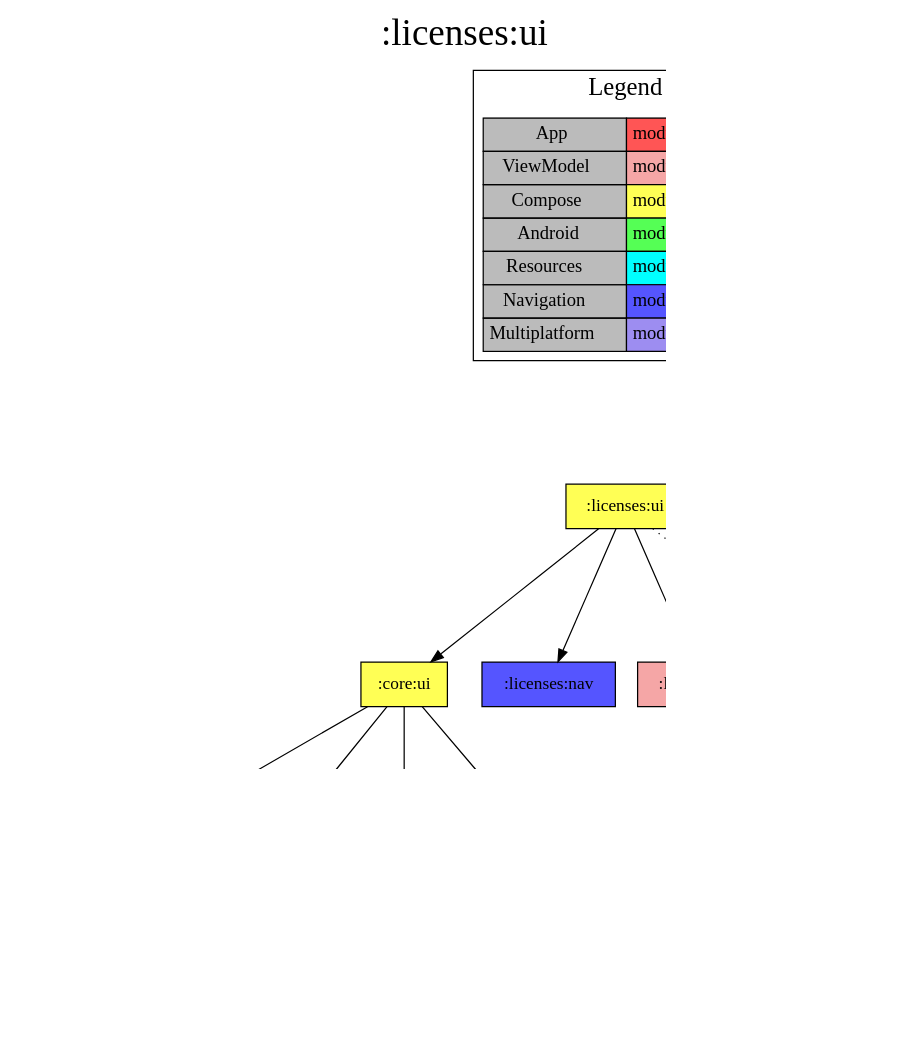
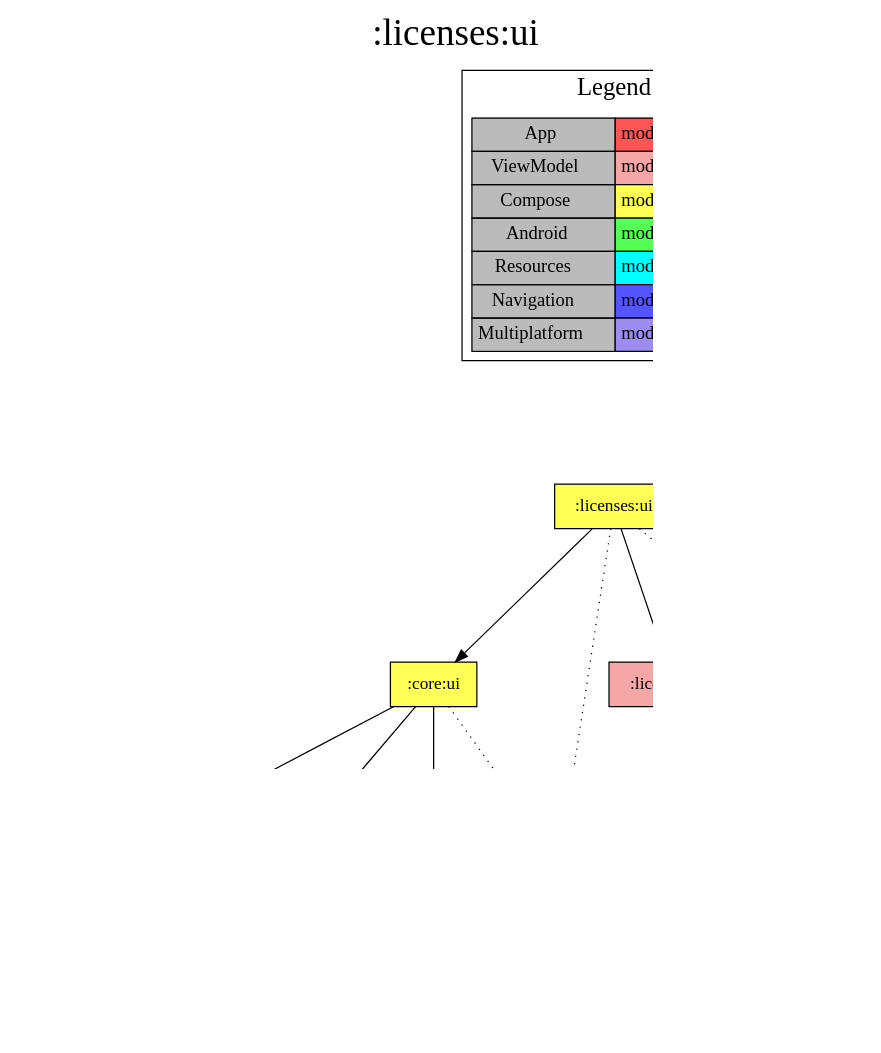
One commit to jonapoul/aktual changed the diagram in modules/licenses/ui/project-dependency-graph.dot. Above: the diagram before and after it, drawn with Graphviz. The commit also changed 23 other files, not shown here.

```diff
--- a/modules/licenses/ui/project-dependency-graph.dot
+++ b/modules/licenses/ui/project-dependency-graph.dot
@@ -1,49 +1,48 @@
 digraph {
 edge ["dir"="forward"]
 graph ["dpi"="100","label"=":licenses:ui","labelloc"="t","fontsize"="30","ranksep"="1.5","rankdir"="TB"]
 node ["style"="filled"]
 ":licenses:ui" ["fillcolor"="#FFFF55","shape"="box"]
 ":core:ui" ["fillcolor"="#FFFF55","shape"="box"]
 ":core:colorscheme" ["fillcolor"="#9D8DF1","shape"="box"]
-":core:res" ["fillcolor"="#00FFFF","shape"="box"]
 ":core:versions" ["fillcolor"="#9D8DF1","shape"="box"]
 ":core:buildconfig" ["fillcolor"="#9D8DF1","shape"="box"]
 ":url:model" ["fillcolor"="#9D8DF1","shape"="box"]
-":licenses:nav" ["fillcolor"="#5555FF","shape"="box"]
+":core:res" ["fillcolor"="#00FFFF","shape"="box"]
 ":licenses:vm" ["fillcolor"="#F5A6A6","shape"="box"]
+":core:log" ["fillcolor"="#9D8DF1","shape"="box"]
 ":licenses:data" ["fillcolor"="#9D8DF1","shape"="box"]
 ":core:coroutines" ["fillcolor"="#9D8DF1","shape"="box"]
-":core:log" ["fillcolor"="#9D8DF1","shape"="box"]
 ":licenses:res" ["fillcolor"="#00FFFF","shape"="box"]
 {
 edge ["dir"="none"]
 graph ["rank"="same"]
 }
 ":licenses:ui" -> ":core:ui"
-":licenses:ui" -> ":licenses:nav"
 ":licenses:ui" -> ":licenses:vm"
+":licenses:ui" -> ":core:res" ["style"="dotted"]
 ":licenses:ui" -> ":licenses:res" ["style"="dotted"]
 ":core:ui" -> ":core:colorscheme"
-":core:ui" -> ":core:res"
 ":core:ui" -> ":core:versions"
 ":core:ui" -> ":url:model"
+":core:ui" -> ":core:res" ["style"="dotted"]
 ":core:versions" -> ":core:buildconfig"
+":licenses:vm" -> ":core:log"
 ":licenses:vm" -> ":licenses:data"
-":licenses:vm" -> ":core:log" ["style"="dotted"]
 ":licenses:data" -> ":core:coroutines" ["style"="dotted"]
 subgraph "cluster_legend" {
 edge ["dir"="none"]
 graph ["label"="Legend","fontsize"="20"]
 "Legend" ["style"="filled","fillcolor"="#bbbbbb","shape"="none","margin"="0","fontsize"="15","label"=<
 <TABLE BORDER="0" CELLBORDER="1" CELLSPACING="0" CELLPADDING="4">
 <TR><TD>App</TD><TD BGCOLOR="#FF5555">module-name</TD></TR>
 <TR><TD>ViewModel</TD><TD BGCOLOR="#F5A6A6">module-name</TD></TR>
 <TR><TD>Compose</TD><TD BGCOLOR="#FFFF55">module-name</TD></TR>
 <TR><TD>Android</TD><TD BGCOLOR="#55FF55">module-name</TD></TR>
 <TR><TD>Resources</TD><TD BGCOLOR="#00FFFF">module-name</TD></TR>
 <TR><TD>Navigation</TD><TD BGCOLOR="#5555FF">module-name</TD></TR>
 <TR><TD>Multiplatform</TD><TD BGCOLOR="#9D8DF1">module-name</TD></TR>
 </TABLE>
 >]
 } -> ":licenses:ui" ["style"="invis"]
 }
```
